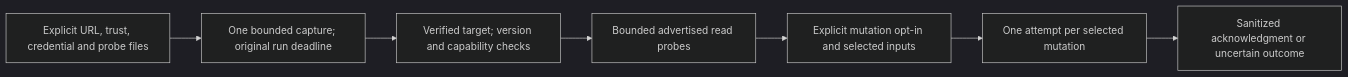
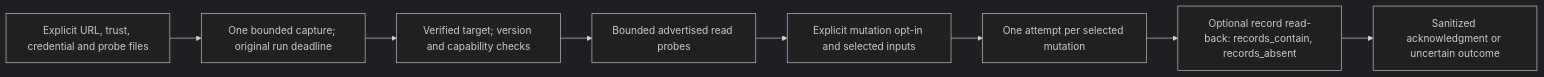
Before and after one commit to robertherbaugh/kudurru: diagram 12 of 12 in docs/architecture/integrations.md, drawn with Mermaid (dark theme). The commit also changed other lines of this file and 1 other file, not shown here.

First line of the commit message:
docs(integrations): describe webhook record ownership

````diff
--- a/docs/architecture/integrations.md
+++ b/docs/architecture/integrations.md
@@ -944,9 +1000,10 @@
 ```mermaid
 flowchart LR
     Input["Explicit URL, trust, credential and probe files"] --> Capture["One bounded capture; original run deadline"]
     Capture --> Negotiate["Verified target; version and capability checks"]
     Negotiate --> Reads["Bounded advertised read probes"]
     Reads --> OptIn["Explicit mutation opt-in and selected inputs"]
     OptIn --> Once["One attempt per selected mutation"]
-    Once --> Report["Sanitized acknowledgment or uncertain outcome"]
+    Once --> ReadBack["Optional record read-back: records_contain, records_absent"]
+    ReadBack --> Report["Sanitized acknowledgment or uncertain outcome"]
 ```
````
